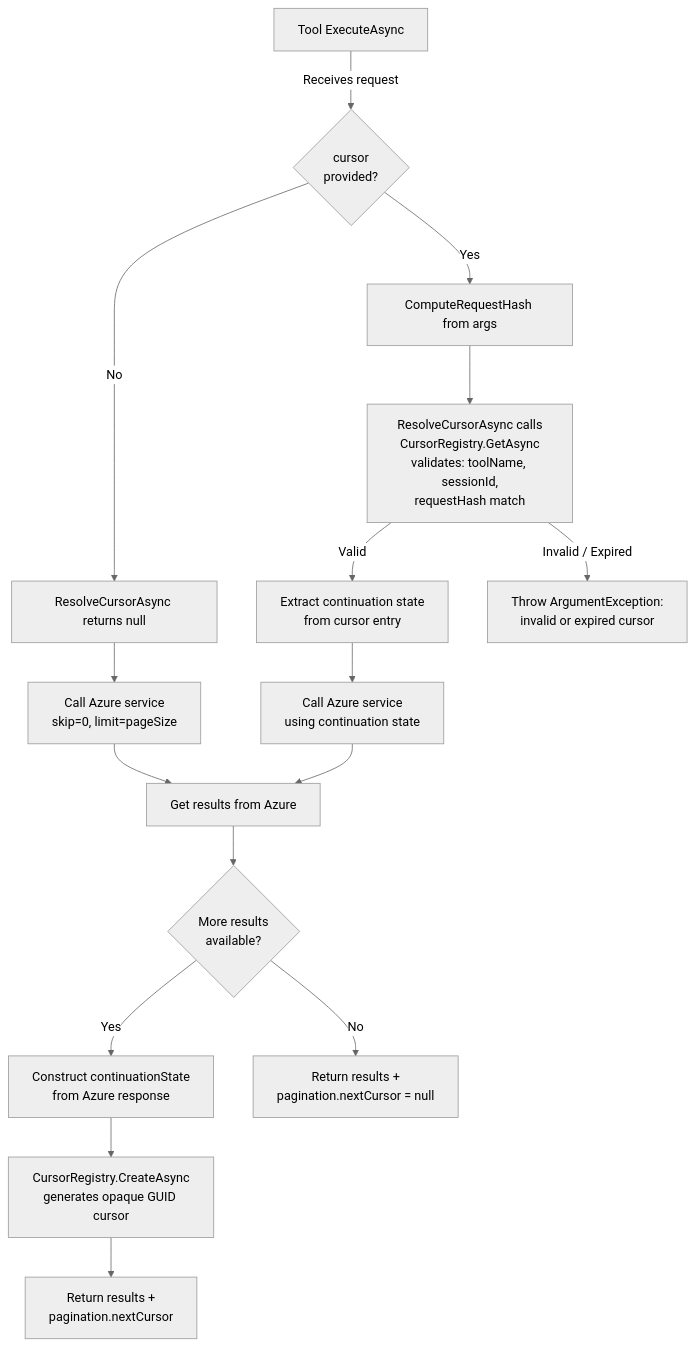
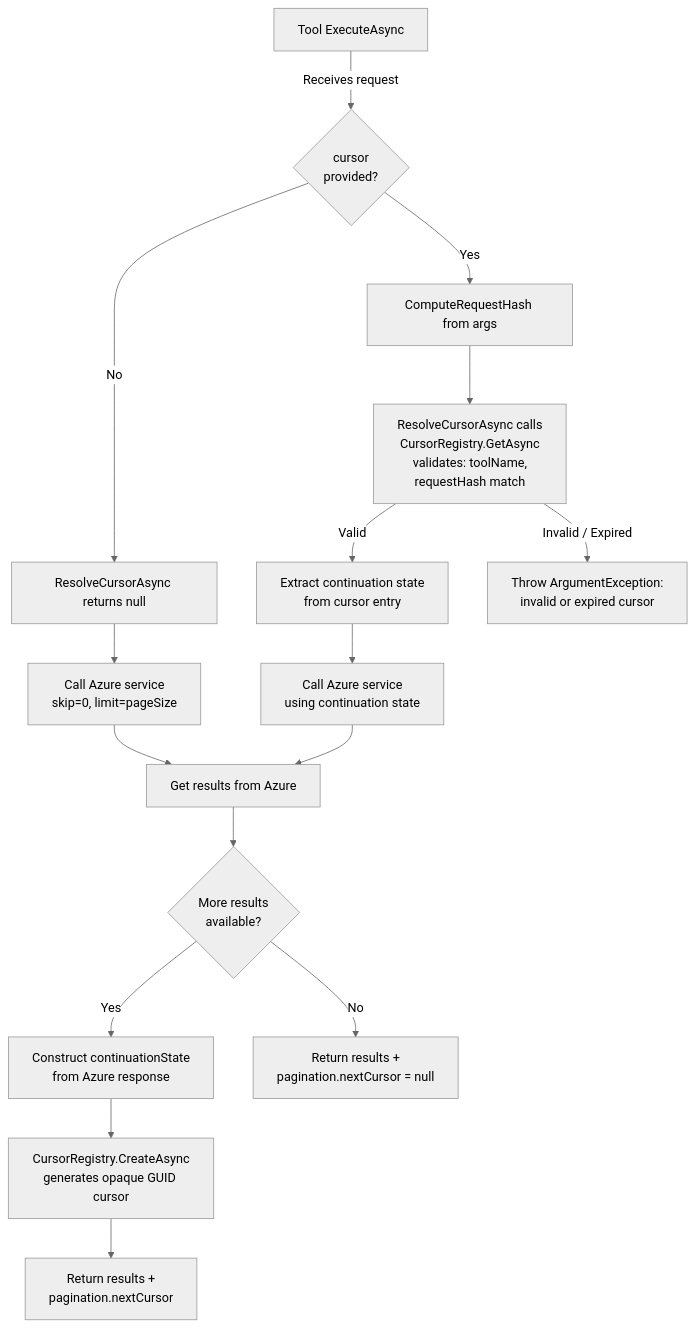
Before and after one commit to srnagar/mcp: the second of 4 diagrams in docs/design/pagination-design-proposal.md, drawn with Mermaid (neutral theme). The commit also changed other lines of this file and 12 other files, not shown here.

````diff
--- a/docs/design/pagination-design-proposal.md
+++ b/docs/design/pagination-design-proposal.md
@@ -191,23 +188,23 @@
 ```mermaid
 flowchart TD
     A["Tool ExecuteAsync"] -->|Receives request| C{"cursor<br/>provided?"}
     C -->|No| D["ResolveCursorAsync returns null"]
     D --> E["Call Azure service<br/>skip=0, limit=pageSize"]
 
     C -->|Yes| B["ComputeRequestHash from args"]
-    B --> F["ResolveCursorAsync calls<br/>CursorRegistry.GetAsync<br/>validates: toolName, sessionId,<br/>requestHash match"]
+    B --> F["ResolveCursorAsync calls<br/>CursorRegistry.GetAsync<br/>validates: toolName,<br/>requestHash match"]
     F -->|Valid| G["Extract continuation state<br/>from cursor entry"]
     G --> H["Call Azure service<br/>using continuation state"]
 
     F -->|"Invalid / Expired"| P["Throw ArgumentException:<br/>invalid or expired cursor"]
 
     E --> I["Get results from Azure"]
     H --> I
 
     I --> J{"More results<br/>available?"}
     J -->|Yes| K["Construct continuationState<br/>from Azure response"]
     K --> L["CursorRegistry.CreateAsync<br/>generates opaque GUID cursor"]
     L --> M["Return results +<br/>pagination.nextCursor"]
 
     J -->|No| N["Return results +<br/>pagination.nextCursor = null"]
 ```
````
